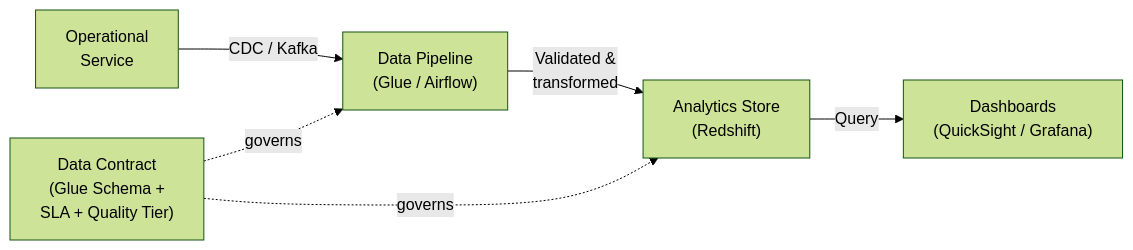
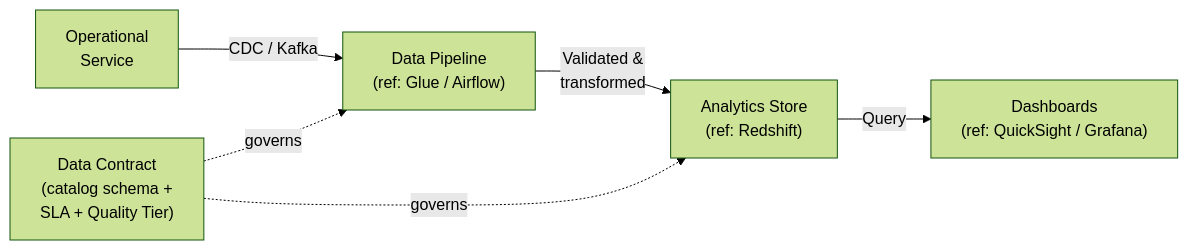
Before and after one commit to rishikeshdhokare/platform-manifesto: the second of 3 diagrams in 06-developer-guides/09-data-governance.md, drawn with Mermaid (forest theme). The commit also changed other lines of this file and 64 other files, not shown here.

````diff
--- a/06-developer-guides/09-data-governance.md
+++ b/06-developer-guides/09-data-governance.md
@@ -232,9 +234,9 @@
 ```mermaid
 flowchart LR
-    A["Operational\nService"] -->|"CDC / Kafka"| B["Data Pipeline\n(Glue / Airflow)"]
-    B -->|"Validated &\ntransformed"| C["Analytics Store\n(Redshift)"]
-    C -->|"Query"| D["Dashboards\n(QuickSight / Grafana)"]
+    A["Operational\nService"] -->|"CDC / Kafka"| B["Data Pipeline\n(ref: Glue / Airflow)"]
+    B -->|"Validated &\ntransformed"| C["Analytics Store\n(ref: Redshift)"]
+    C -->|"Query"| D["Dashboards\n(ref: QuickSight / Grafana)"]
 
-    E["Data Contract\n(Glue Schema +\nSLA + Quality Tier)"] -.->|"governs"| B
+    E["Data Contract\n(catalog schema +\nSLA + Quality Tier)"] -.->|"governs"| B
     E -.->|"governs"| C
 ```
````
